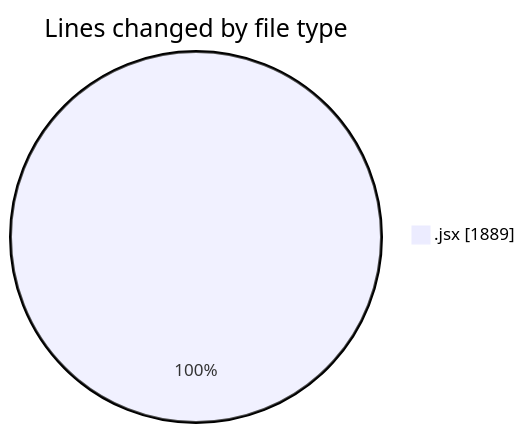
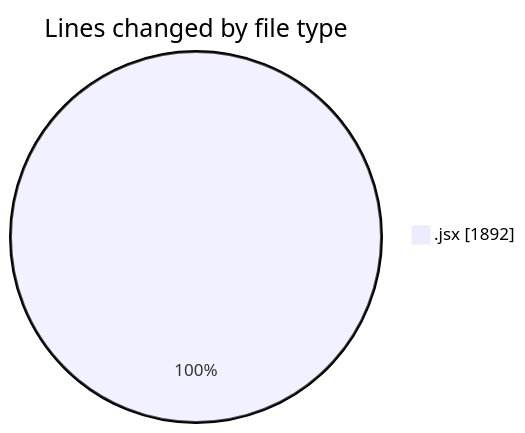
One commit to nxtqubesakshisongat/code-tracking changed the first of 2 diagrams in 2025-08-22/nxtqube_webapp/README.md. Above: the diagram before and after it, drawn with Mermaid. The commit also changed other lines of this file and 1 other file, not shown here.

````diff
--- a/2025-08-22/nxtqube_webapp/README.md
+++ b/2025-08-22/nxtqube_webapp/README.md
@@ -20,5 +20,5 @@
 ```mermaid
 pie showData
 title Lines changed by file type
-".jsx" : 1889
+".jsx" : 1892
 ```
````
